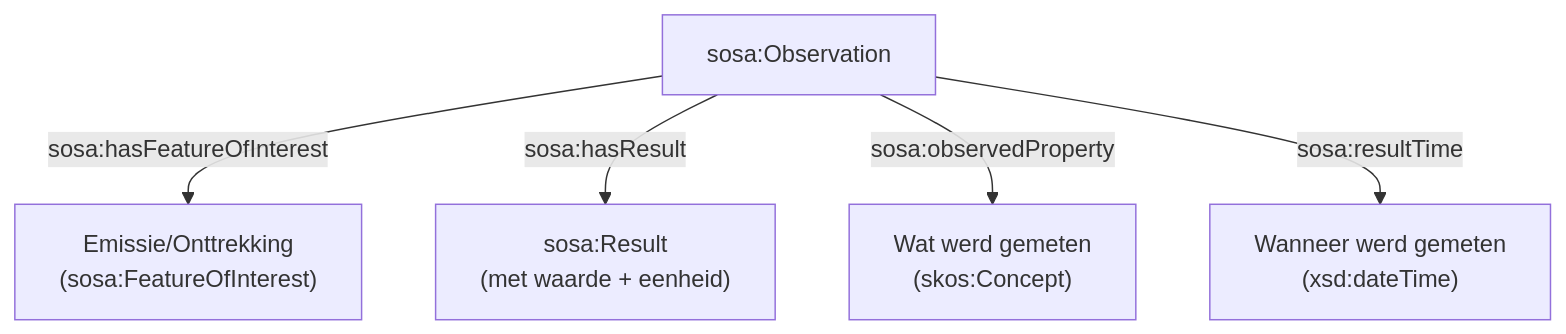
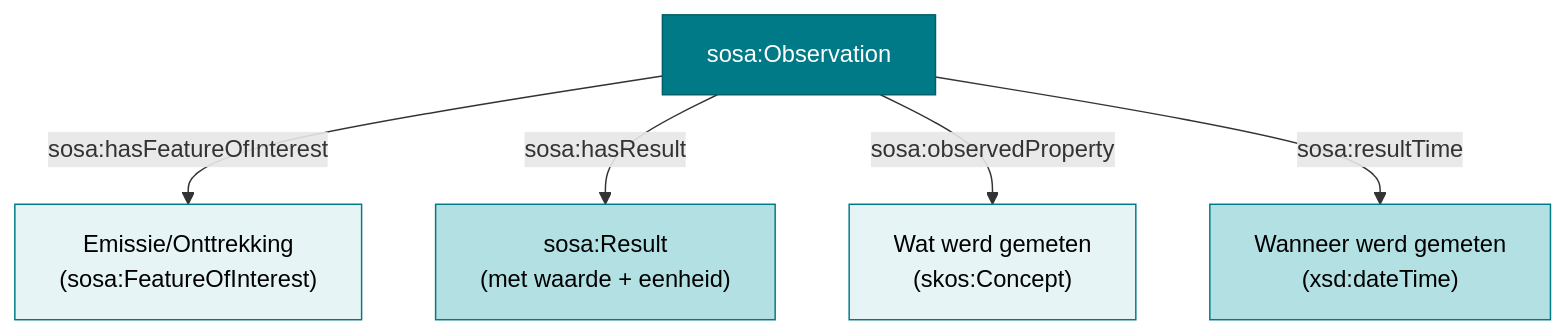
One commit to milieuinfo/RIE-IEPR changed the diagram in documentatie/datamodel/afname/basisaanname.md. Above: the diagram before and after it, drawn with Mermaid. The commit also changed 69 other files, not shown here.

````diff
--- a/documentatie/datamodel/afname/basisaanname.md
+++ b/documentatie/datamodel/afname/basisaanname.md
@@ -116,7 +116,13 @@
 ```mermaid
 graph TD
     Observatie["sosa:Observation"] -->|sosa:hasFeatureOfInterest| FOI["Emissie/Onttrekking<br/>(sosa:FeatureOfInterest)"]
     Observatie -->|sosa:hasResult| Resultaat["sosa:Result<br/>(met waarde + eenheid)"]
     Observatie -->|sosa:observedProperty| Property["Wat werd gemeten<br/>(skos:Concept)"]
     Observatie -->|sosa:resultTime| Tijd["Wanneer werd gemeten<br/>(xsd:dateTime)"]
+    
+    style Observatie fill:#007A87,stroke:#005f6a,color:#fff
+    style FOI fill:#e6f4f5,stroke:#007A87,color:#000
+    style Resultaat fill:#b2e0e3,stroke:#007A87,color:#000
+    style Property fill:#e6f4f5,stroke:#007A87,color:#000
+    style Tijd fill:#b2e0e3,stroke:#007A87,color:#000
 ```
````
